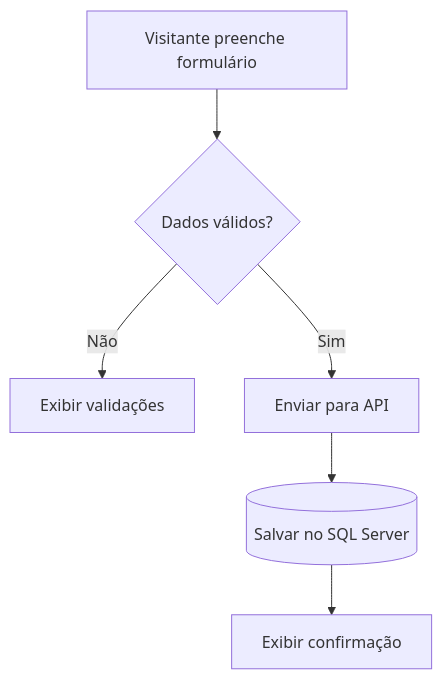
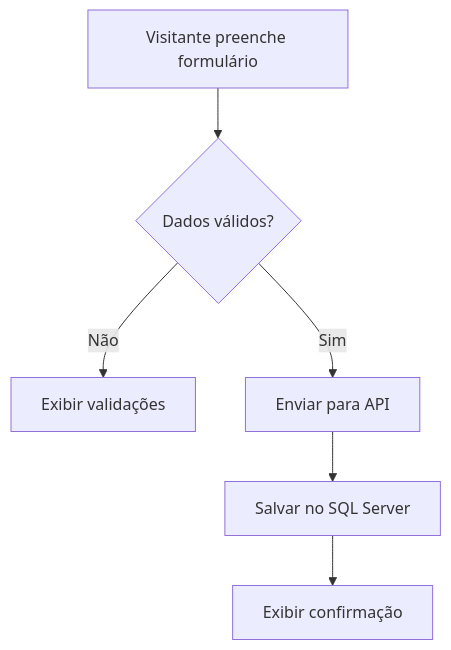
The eighth of 10 diagrams in docs/REFERENCIAS_VISUAIS.md (IgorHLeal/PortifolioDev), drawn with Mermaid before and after one commit. The commit also changed other lines of this file and 2 other files, not shown here.

Commit message:
fix: corrige renderização dos diagramas Mermaid

````diff
--- a/docs/REFERENCIAS_VISUAIS.md
+++ b/docs/REFERENCIAS_VISUAIS.md
@@ -135,8 +135,8 @@
 ```mermaid
-flowchart TD
-    V[Visitante preenche formulário] --> X{Dados válidos?}
-    X -- Não --> E[Exibir validações]
-    X -- Sim --> A[Enviar para API]
-    A --> D[(Salvar no SQL Server)]
-    D --> S[Exibir confirmação]
+graph TD
+    visitor["Visitante preenche formulário"] --> valid{"Dados válidos?"}
+    valid -- "Não" --> errors["Exibir validações"]
+    valid -- "Sim" --> api["Enviar para API"]
+    api --> database["Salvar no SQL Server"]
+    database --> success["Exibir confirmação"]
 ```
````
